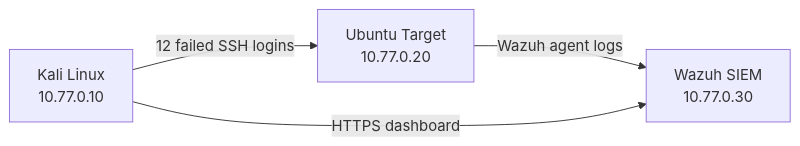
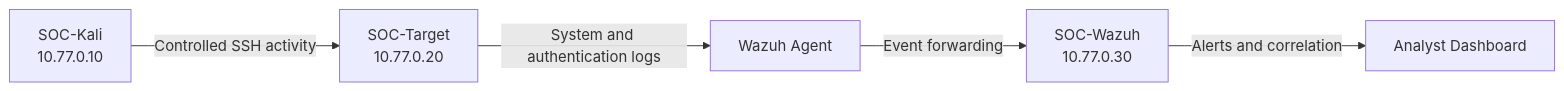
One commit to aldladla/soc-incident-response-lab changed the diagram in README.md. Above: the diagram before and after it, drawn with Mermaid. The commit also changed other lines of this file, not shown here.

````diff
--- a/README.md
+++ b/README.md
@@ -18,10 +28,13 @@
 ```mermaid
 flowchart LR
-    K["Kali Linux<br/>10.77.0.10"]
-    T["Ubuntu Target<br/>10.77.0.20"]
-    W["Wazuh SIEM<br/>10.77.0.30"]
+    K["SOC-Kali<br/>10.77.0.10"]
+    T["SOC-Target<br/>10.77.0.20"]
+    A["Wazuh Agent"]
+    W["SOC-Wazuh<br/>10.77.0.30"]
+    D["Analyst Dashboard"]
 
-    K -->|"12 failed SSH logins"| T
-    T -->|"Wazuh agent logs"| W
-    K -->|"HTTPS dashboard"| W
+    K -->|"Controlled SSH activity"| T
+    T -->|"System and authentication logs"| A
+    A -->|"Event forwarding"| W
+    W -->|"Alerts and correlation"| D
 ```
````
